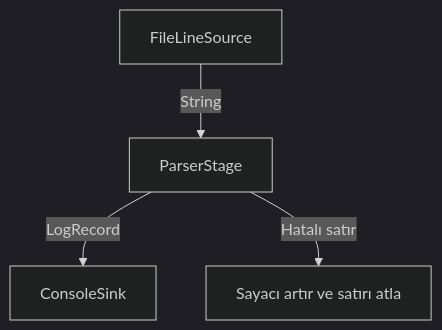
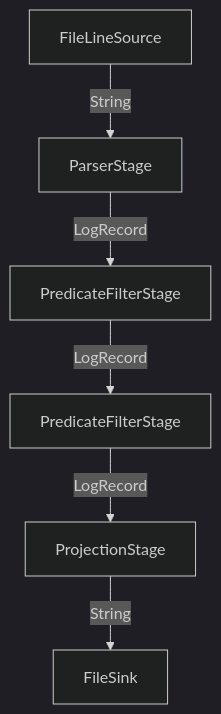
One commit to cerenvona/yazilim-mimarisi changed the diagram in logflow/ARCHITECTURE.md. Above: the diagram before and after it, drawn with Mermaid (dark theme). The commit also changed other lines of this file and 17 other files, not shown here.

````diff
--- a/logflow/ARCHITECTURE.md
+++ b/logflow/ARCHITECTURE.md
@@ -20,6 +8,8 @@
 ```mermaid
 flowchart TD
-    F["FileLineSource"] -->|String| P["ParserStage"]
-    P -->|LogRecord| C["ConsoleSink"]
-    P -->|Hatalı satır| I["Sayacı artır ve satırı atla"]
+    A["FileLineSource"] -->|String| B["ParserStage"]
+    B -->|LogRecord| C["PredicateFilterStage"]
+    C -->|LogRecord| D["PredicateFilterStage"]
+    D -->|LogRecord| E["ProjectionStage"]
+    E -->|String| F["FileSink"]
 ```
````
